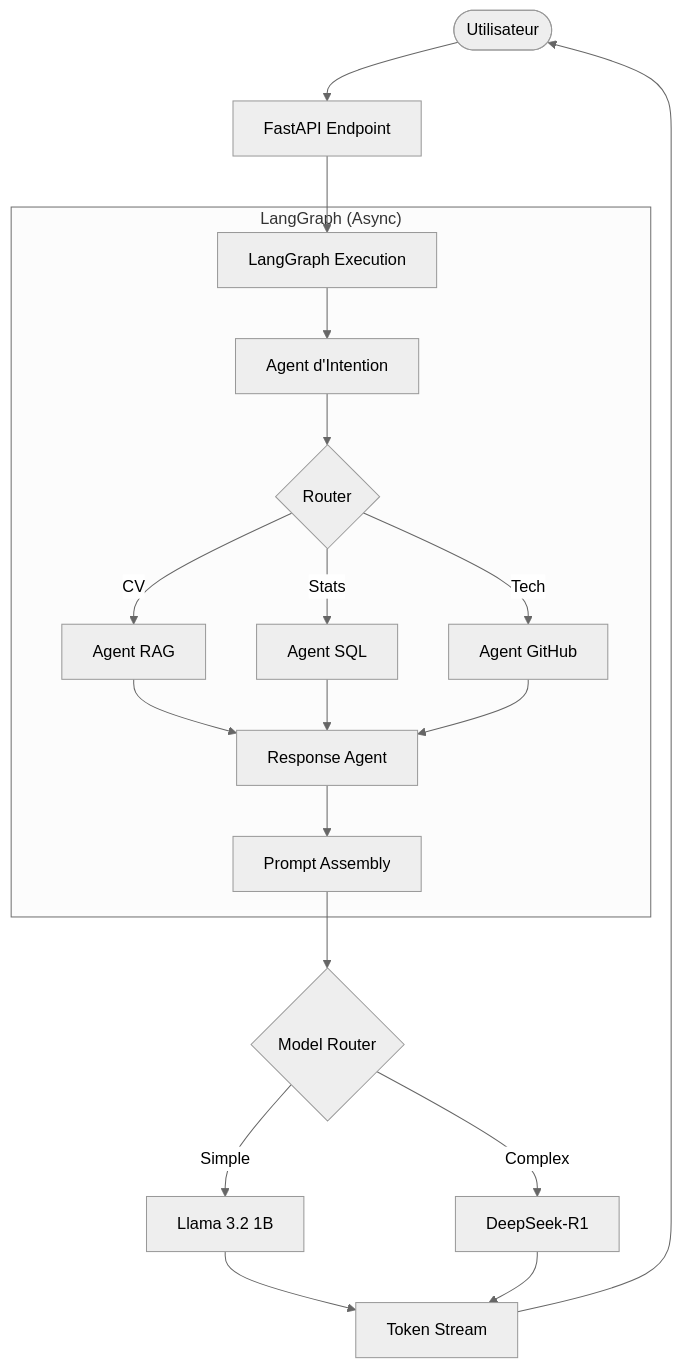
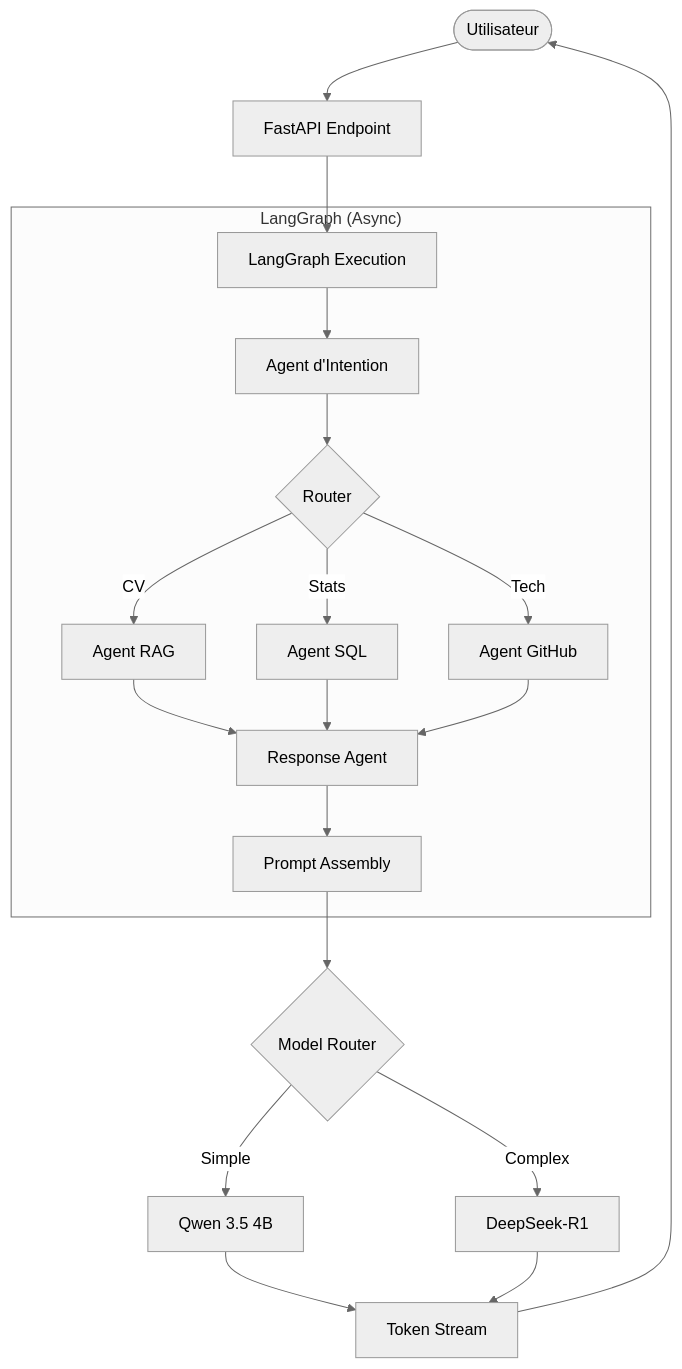
The diagram in docs/architecture.md (John-Do59/RH_insight-AI), drawn with Mermaid (neutral theme) before and after one commit. The commit also changed other lines of this file and 11 other files, not shown here.

````diff
--- a/docs/architecture.md
+++ b/docs/architecture.md
@@ -25,25 +25,25 @@
 ```mermaid
 graph TD
     User([Utilisateur]) --> API[FastAPI Endpoint]
     API --> Graph[LangGraph Execution]
     
     subgraph "LangGraph (Async)"
     Graph --> Intent[Agent d'Intention]
     Intent --> Router{Router}
     Router -- "CV" --> RAG[Agent RAG]
     Router -- "Stats" --> SQL[Agent SQL]
     Router -- "Tech" --> GitHub[Agent GitHub]
     RAG --> Response[Response Agent]
     SQL --> Response
     GitHub --> Response
     Response --> Assembly[Prompt Assembly]
     end
     
     Assembly --> LLM_Route{Model Router}
-    LLM_Route -- "Simple" --> Llama[Llama 3.2 1B]
+    LLM_Route -- "Simple" --> FastModel[Qwen 3.5 4B]
     LLM_Route -- "Complex" --> DeepSeek[DeepSeek-R1]
     
-    Llama --> Stream[Token Stream]
+    FastModel --> Stream[Token Stream]
     DeepSeek --> Stream
     Stream --> User
 ```
````
